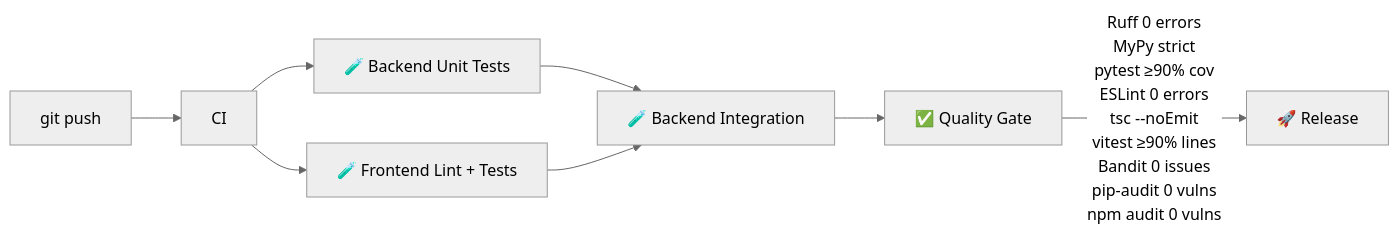
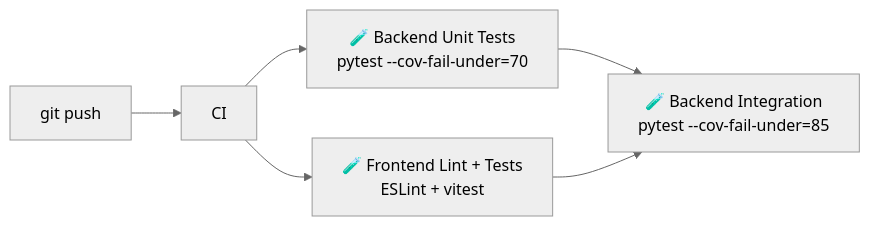
The second of 3 diagrams in DEPLOYMENT.md (tolstosheev/real-estate-recommendation-system), drawn with Mermaid (neutral theme) before and after one commit. The commit also changed other lines of this file and 4 other files, not shown here.

Commit message:
docs: fix inaccuracies found during code audit — Traefik/test, PostGIS entrypoint, Quality Gate split, missing env vars, UID 1000, page count

````diff
--- a/DEPLOYMENT.md
+++ b/DEPLOYMENT.md
@@ -117,10 +121,8 @@
 ```mermaid
 flowchart LR
     Push["git push"] --> CI
-    CI --> BackendUnit["🧪 Backend Unit Tests"]
-    CI --> FrontendCheck["🧪 Frontend Lint + Tests"]
-    BackendUnit --> Integration["🧪 Backend Integration"]
+    CI --> BackendUnit["🧪 Backend Unit Tests<br/>pytest --cov-fail-under=70"]
+    CI --> FrontendCheck["🧪 Frontend Lint + Tests<br/>ESLint + vitest"]
+    BackendUnit --> Integration["🧪 Backend Integration<br/>pytest --cov-fail-under=85"]
     FrontendCheck --> Integration
-    Integration --> QualityGate["✅ Quality Gate"]
-    QualityGate --> |"Ruff 0 errors<br/>MyPy strict<br/>pytest ≥90% cov<br/>ESLint 0 errors<br/>tsc --noEmit<br/>vitest ≥90% lines<br/>Bandit 0 issues<br/>pip-audit 0 vulns<br/>npm audit 0 vulns"| Release["🚀 Release"]
 ```
````
